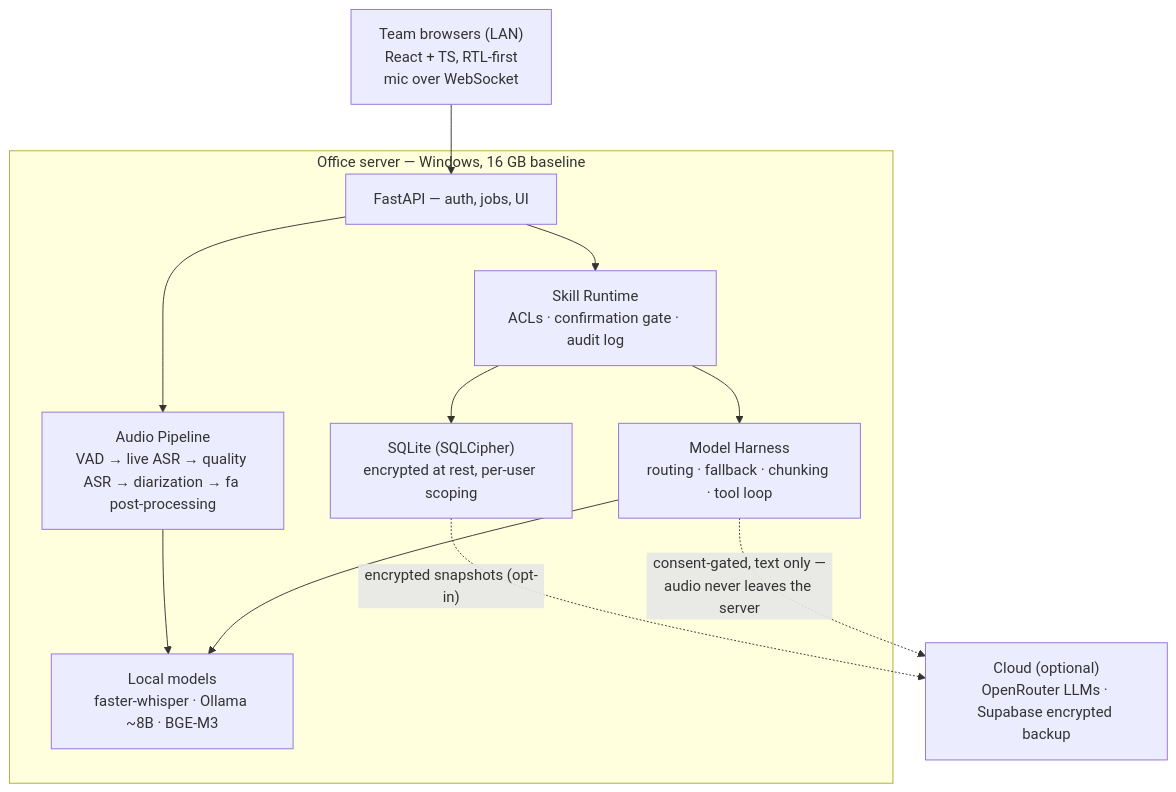
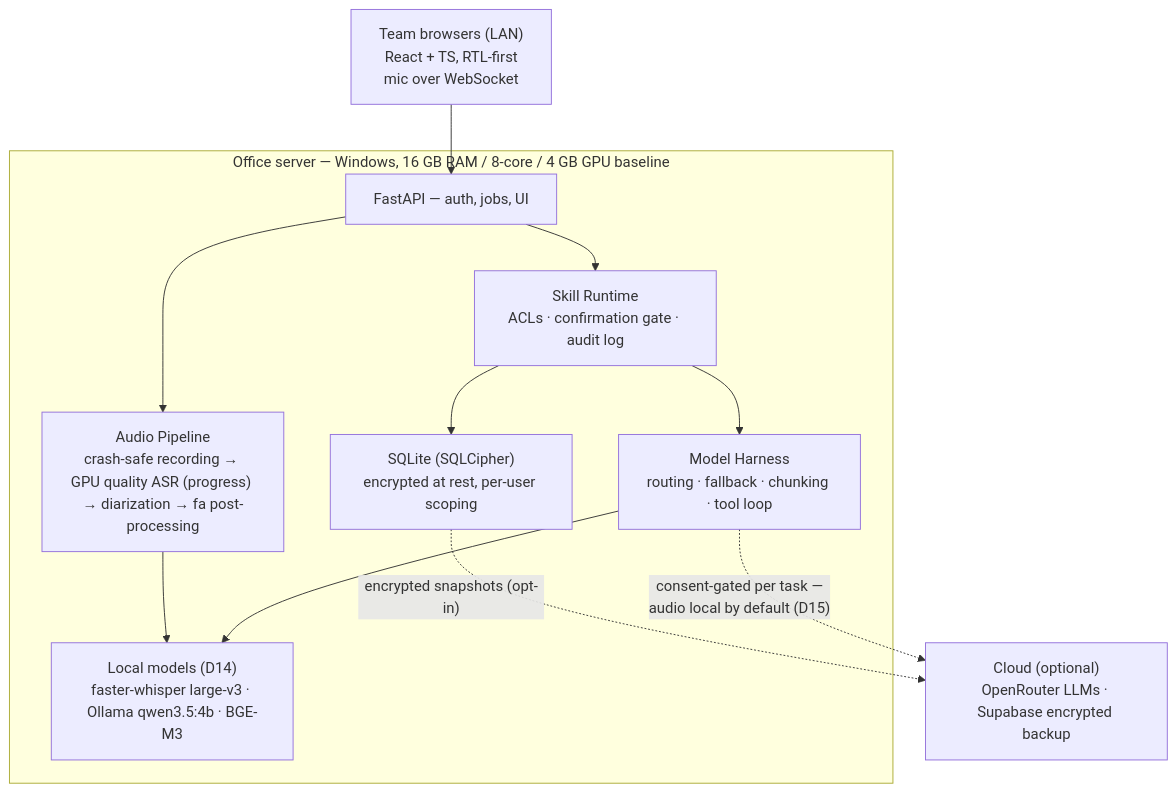
Before and after one commit to Dr-Bagheri/neurai-mvp: the diagram in README.md, drawn with Mermaid. The commit also changed other lines of this file and 80 other files, not shown here.

First line of the commit message:
v0.3 + D12-D15: online mode, cloud ASR consent gate, platform assistant, UI restructure

````diff
--- a/README.md
+++ b/README.md
@@ -52,21 +59,21 @@
 ```mermaid
 flowchart TB
     Browsers["Team browsers (LAN)<br/>React + TS, RTL-first<br/>mic over WebSocket"]
 
-    subgraph Server["Office server — Windows, 16 GB baseline"]
+    subgraph Server["Office server — Windows, 16 GB RAM / 8-core / 4 GB GPU baseline"]
         API["FastAPI — auth, jobs, UI"]
         SK["Skill Runtime<br/>ACLs · confirmation gate · audit log"]
         H["Model Harness<br/>routing · fallback · chunking · tool loop"]
-        AP["Audio Pipeline<br/>VAD → live ASR → quality ASR → diarization → fa post-processing"]
+        AP["Audio Pipeline<br/>crash-safe recording → GPU quality ASR (progress) → diarization → fa post-processing"]
         DL["SQLite (SQLCipher)<br/>encrypted at rest, per-user scoping"]
-        LM["Local models<br/>faster-whisper · Ollama ~8B · BGE-M3"]
+        LM["Local models (D14)<br/>faster-whisper large-v3 · Ollama qwen3.5:4b · BGE-M3"]
     end
 
     Cloud["Cloud (optional)<br/>OpenRouter LLMs · Supabase encrypted backup"]
 
     Browsers --> API --> SK --> H --> LM
     API --> AP --> LM
     SK --> DL
-    H -. "consent-gated, text only —<br/>audio never leaves the server" .-> Cloud
+    H -. "consent-gated per task —<br/>audio local by default (D15)" .-> Cloud
     DL -. "encrypted snapshots (opt-in)" .-> Cloud
 ```
````
